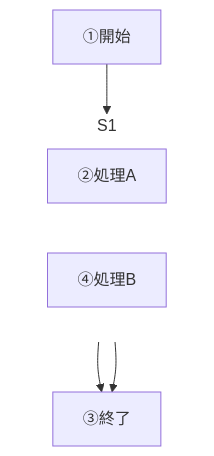
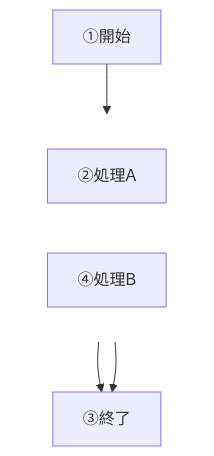
Before and after one commit to TakayukiStar/workPR: the second of 8 diagrams in READMERMAIDHIERARCHY.md, drawn with Mermaid. The commit also changed other lines of this file, not shown here.

````diff
--- a/READMERMAIDHIERARCHY.md
+++ b/READMERMAIDHIERARCHY.md
@@ -65,18 +65,18 @@
 ```mermaid
 flowchart TD
     A[①開始]
     
-    subgraph S1
+    subgraph S1 [" "]
         direction LR
         B[②処理A]
         D[④処理B]
     end
     
     C[③終了]
     
     A --> B
     B --> C
     D --> C
     
     style S1 fill:none,stroke:none
 ```
````
